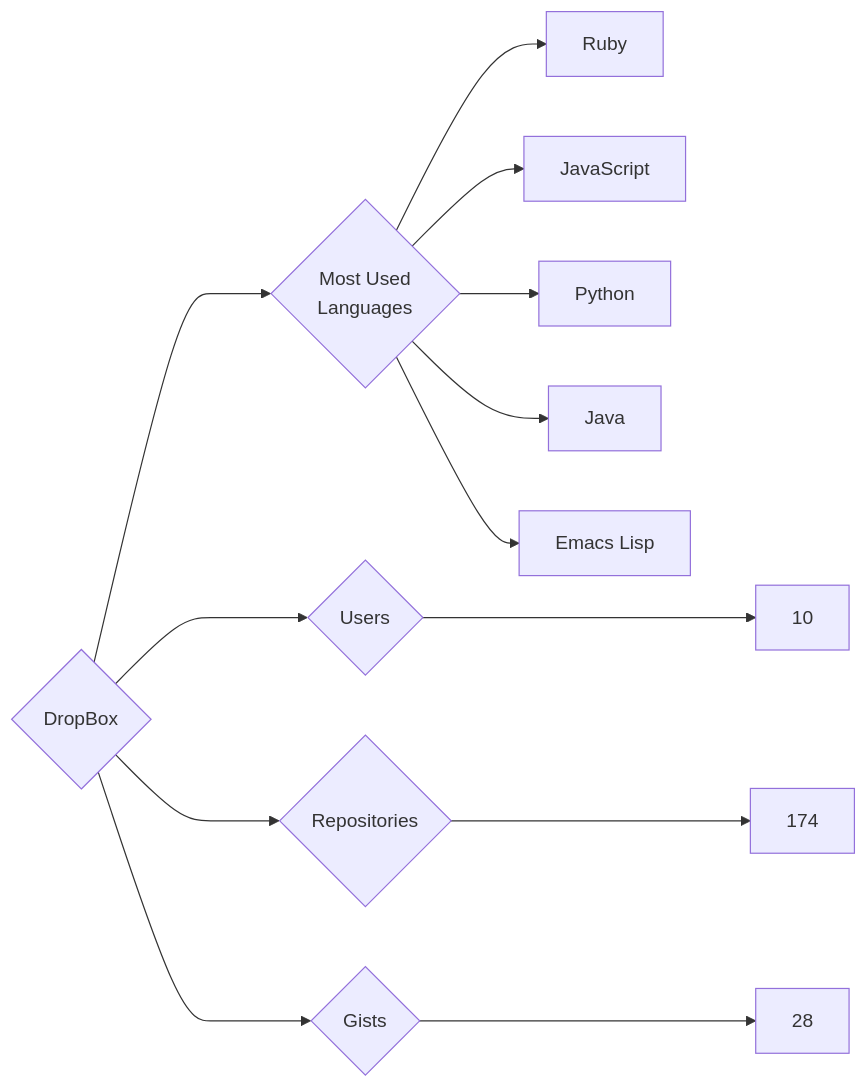
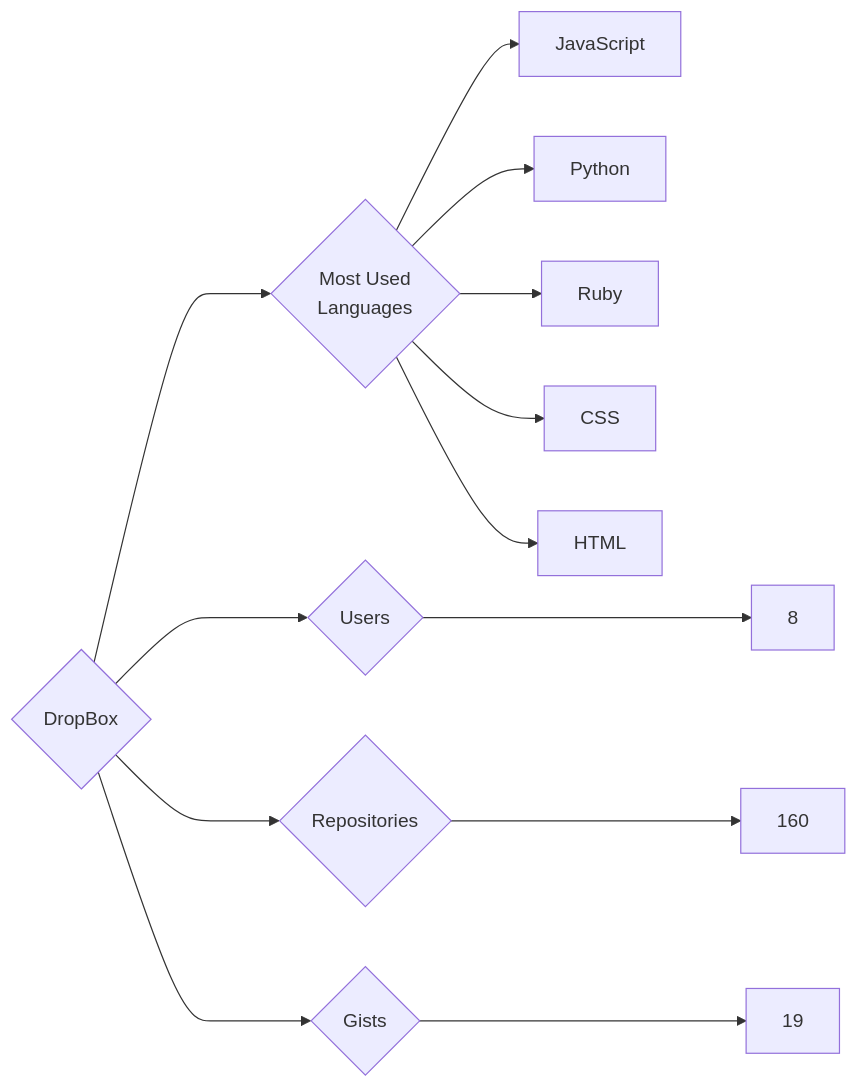
The diagram in targets/DropBox/README.md (trickest/insiders), drawn with Mermaid before and after one commit. The commit also changed 1149 other files, not shown here.

````diff
--- a/targets/DropBox/README.md
+++ b/targets/DropBox/README.md
@@ -3,13 +3,13 @@
 ```mermaid
 graph LR
 COMPANY_NAME{DropBox}
-COMPANY_NAME ---> U{Users} ---> UN[10]
-COMPANY_NAME ---> R{Repositories} ---> RN[174]
-COMPANY_NAME ---> G{Gists} ---> GN[28]
+COMPANY_NAME ---> U{Users} ---> UN[8]
+COMPANY_NAME ---> R{Repositories} ---> RN[160]
+COMPANY_NAME ---> G{Gists} ---> GN[19]
 COMPANY_NAME ---> ML{Most Used<br>Languages}
-ML --> Ruby[Ruby]
 ML --> JavaScript[JavaScript]
 ML --> Python[Python]
-ML --> Java[Java]
-ML --> Emacs_Lisp[Emacs Lisp]
+ML --> Ruby[Ruby]
+ML --> CSS[CSS]
+ML --> HTML[HTML]
 ```
````
